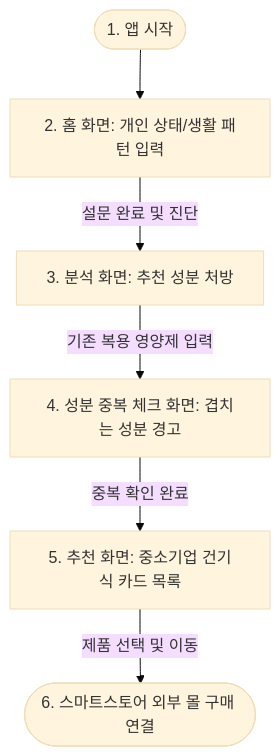
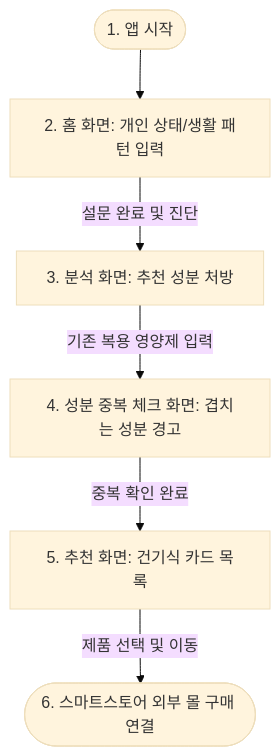
One commit to Mureung1/hub-showcase changed the diagram in hub/planning.md. Above: the diagram before and after it, drawn with Mermaid (base theme). The commit also changed other lines of this file and 15 other files, not shown here.

````diff
--- a/hub/planning.md
+++ b/hub/planning.md
@@ -45,8 +45,8 @@
 ```mermaid
 flowchart TD
     Start([1. 앱 시작]) --> Home[2. 홈 화면: 개인 상태/생활 패턴 입력]
     Home -->|설문 완료 및 진단| Analyze[3. 분석 화면: 추천 성분 처방]
     Analyze -->|기존 복용 영양제 입력| Safety[4. 성분 중복 체크 화면: 겹치는 성분 경고]
-    Safety -->|중복 확인 완료| Recommend[5. 추천 화면: 중소기업 건기식 카드 목록]
+    Safety -->|중복 확인 완료| Recommend[5. 추천 화면: 건기식 카드 목록]
     Recommend -->|제품 선택 및 이동| StoreLink([6. 스마트스토어 외부 몰 구매 연결])
 ```
````
